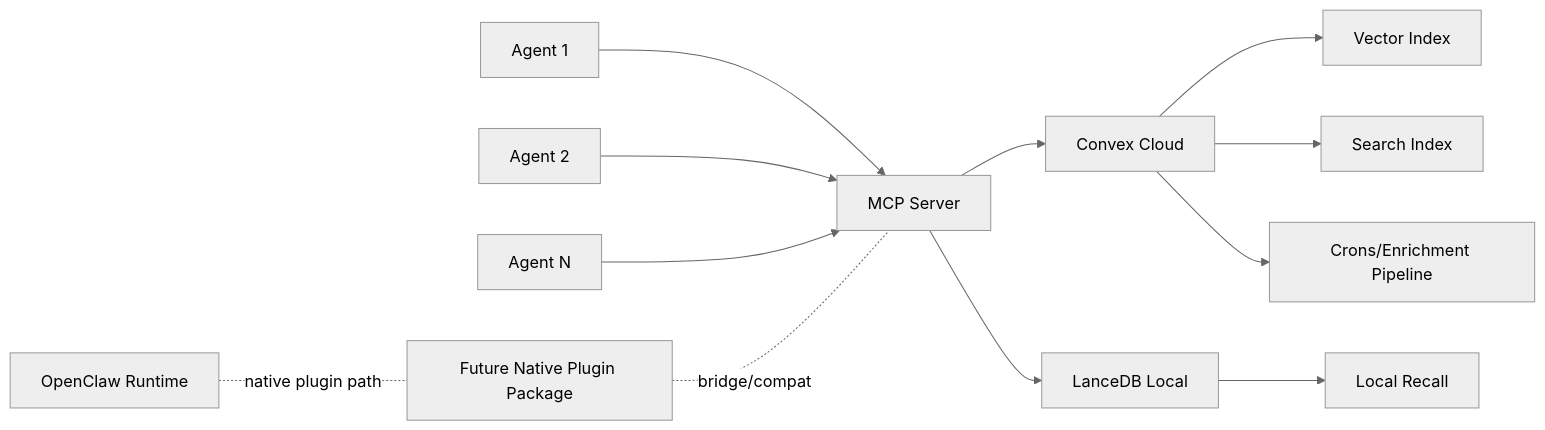
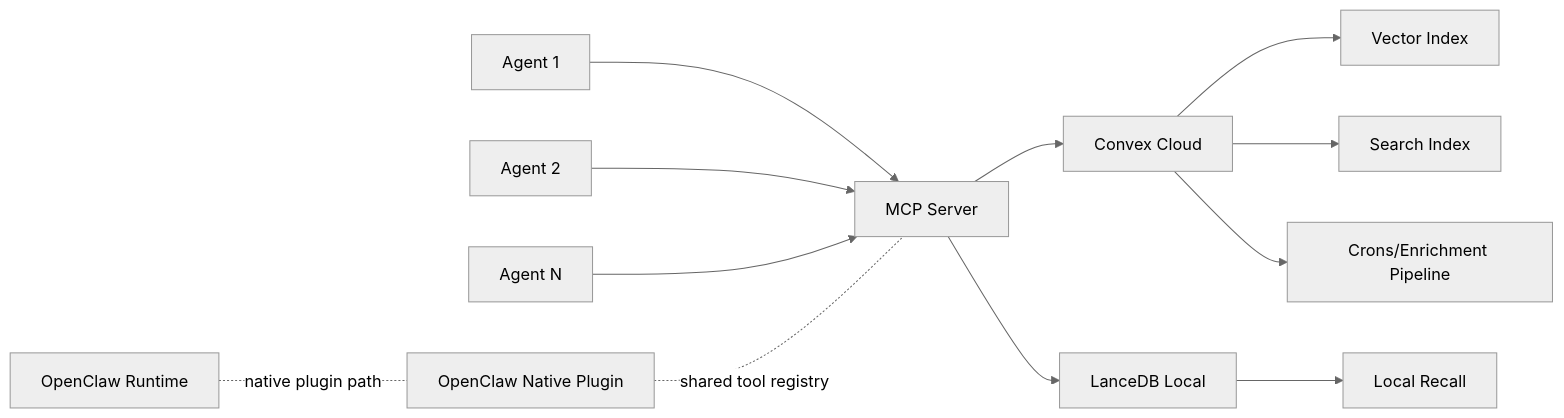
The first of 6 diagrams in docs/diagrams/architecture.md (RyanLisse/engram), drawn with Mermaid (neutral theme) before and after one commit. The commit also changed 12 other files, not shown here.

````diff
--- a/docs/diagrams/architecture.md
+++ b/docs/diagrams/architecture.md
@@ -3,14 +3,14 @@
 ```mermaid
 flowchart LR
     Agent1[Agent 1] --> MCP[MCP Server]
     Agent2[Agent 2] --> MCP
     Agent3[Agent N] --> MCP
-    OpenClaw[OpenClaw Runtime] -.native plugin path.- Plugin[Future Native Plugin Package]
-    Plugin -.bridge/compat.- MCP
+    OpenClaw[OpenClaw Runtime] -.native plugin path.- Plugin[OpenClaw Native Plugin]
+    Plugin -.shared tool registry.- MCP
     MCP --> Convex[Convex Cloud]
     MCP --> Lance[LanceDB Local]
     Convex --> VI[Vector Index]
     Convex --> SI[Search Index]
     Convex --> Crons[Crons/Enrichment Pipeline]
     Lance --> LR[Local Recall]
 ```
````
